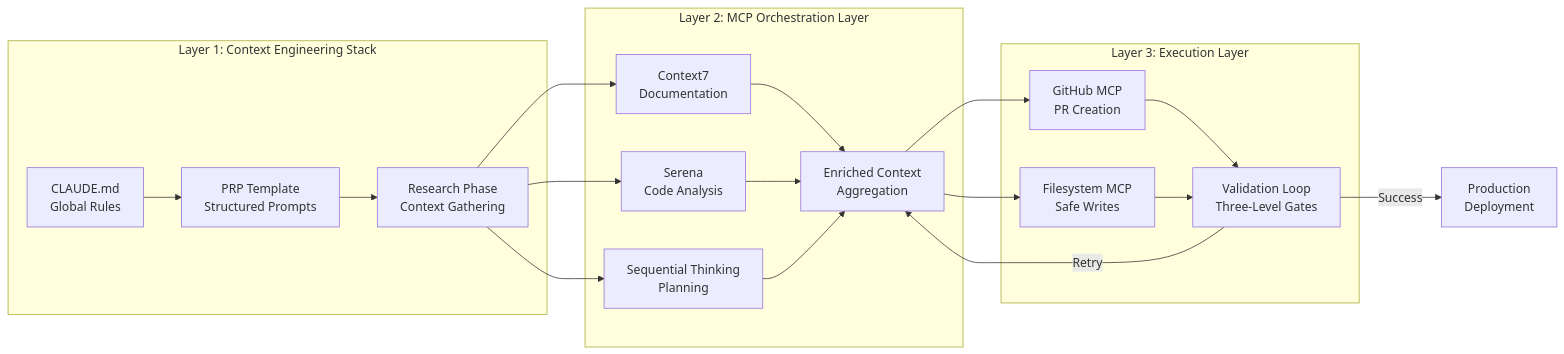
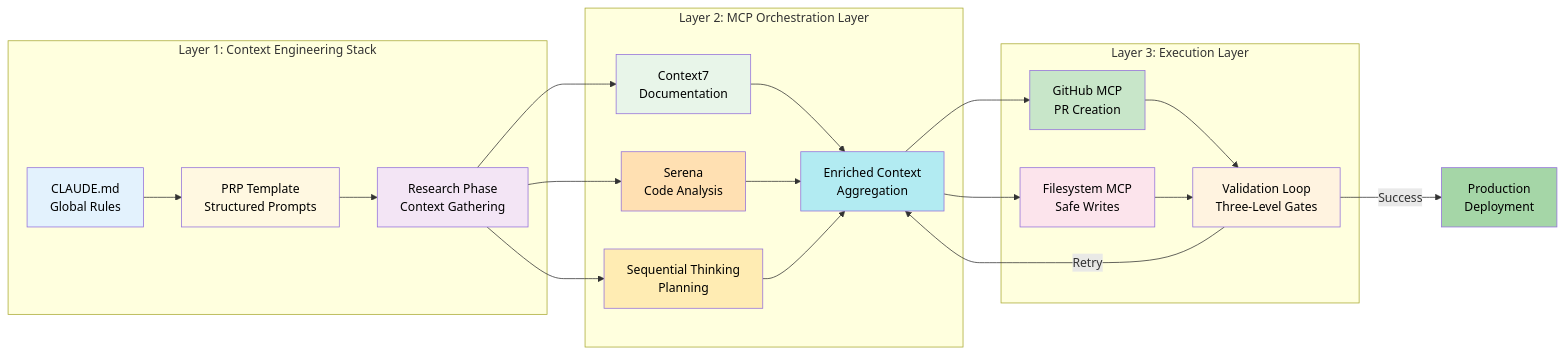
Before and after one commit to bprzybys-nc/ctx-eng-plus: the second of 5 diagrams in docs/03-mcp-orchestration.md, drawn with Mermaid. The commit also changed other lines of this file and 8 other files, not shown here.

````diff
--- a/docs/03-mcp-orchestration.md
+++ b/docs/03-mcp-orchestration.md
@@ -224,28 +236,40 @@
 ```mermaid
 graph LR
     subgraph "Layer 1: Context Engineering Stack"
         A["CLAUDE.md<br/>Global Rules"] --> B["PRP Template<br/>Structured Prompts"]
         B --> C["Research Phase<br/>Context Gathering"]
     end
 
     subgraph "Layer 2: MCP Orchestration Layer"
         C --> D["Context7<br/>Documentation"]
         C --> E["Serena<br/>Code Analysis"]
         C --> F["Sequential Thinking<br/>Planning"]
 
         D --> G["Enriched Context<br/>Aggregation"]
         E --> G
         F --> G
     end
 
     subgraph "Layer 3: Execution Layer"
         G --> H["GitHub MCP<br/>PR Creation"]
         G --> I["Filesystem MCP<br/>Safe Writes"]
 
         H --> J["Validation Loop<br/>Three-Level Gates"]
         I --> J
     end
 
     J -->|Success| K["Production<br/>Deployment"]
     J -->|Retry| G
+
+    style A fill:#e3f2fd,color:#000
+    style B fill:#fff8e1,color:#000
+    style C fill:#f3e5f5,color:#000
+    style D fill:#e8f5e9,color:#000
+    style E fill:#ffe0b2,color:#000
+    style F fill:#ffecb3,color:#000
+    style G fill:#b2ebf2,color:#000
+    style H fill:#c8e6c9,color:#000
+    style I fill:#fce4ec,color:#000
+    style J fill:#fff3e0,color:#000
+    style K fill:#a5d6a7,color:#000
 ```
````
